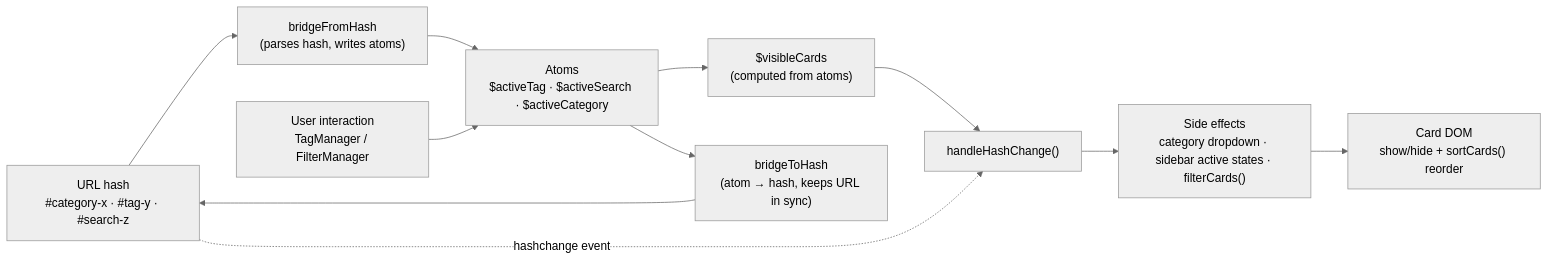
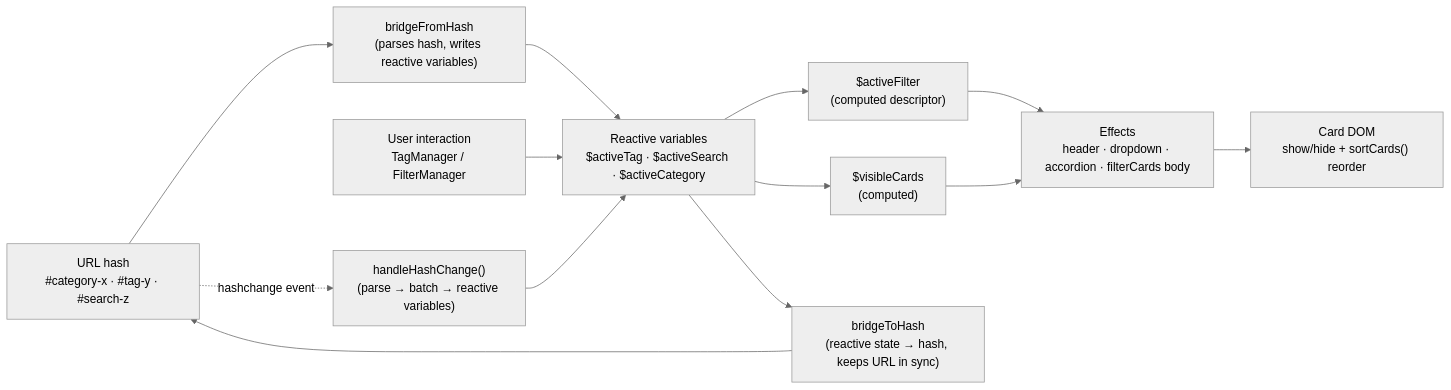
One commit to stalhatz/Resourcery.ssg changed the fourth of 4 diagrams in CONTRIBUTING.md. Above: the diagram before and after it, drawn with Mermaid (neutral theme). The commit also changed other lines of this file and 30 other files, not shown here.

First line of the commit message:
refactor(js): reactive effects layer for the browse page

````diff
--- a/CONTRIBUTING.md
+++ b/CONTRIBUTING.md
@@ -359,16 +361,17 @@
 ```mermaid
 flowchart LR
     HASH["URL hash<br/>#category-x · #tag-y · #search-z"]
-    BFH["bridgeFromHash<br/>(parses hash, writes atoms)"]
-    ATOMS["Atoms<br/>$activeTag · $activeSearch · $activeCategory"]
-    VC["$visibleCards<br/>(computed from atoms)"]
-    HHC["handleHashChange()"]
-    FX["Side effects<br/>category dropdown · sidebar active states · filterCards()"]
+    BFH["bridgeFromHash<br/>(parses hash, writes reactive variables)"]
+    RV["Reactive variables<br/>$activeTag · $activeSearch · $activeCategory"]
+    AF["$activeFilter<br/>(computed descriptor)"]
+    VC["$visibleCards<br/>(computed)"]
+    HHC["handleHashChange()<br/>(parse → batch → reactive variables)"]
+    EFF["Effects<br/>header · dropdown · accordion · filterCards body"]
     DOM["Card DOM<br/>show/hide + sortCards() reorder"]
     UI["User interaction<br/>TagManager / FilterManager"]
-    BTH["bridgeToHash<br/>(atom → hash, keeps URL in sync)"]
+    BTH["bridgeToHash<br/>(reactive state → hash, keeps URL in sync)"]
 
-    HASH --> BFH --> ATOMS --> VC --> HHC --> FX --> DOM
-    UI --> ATOMS --> BTH --> HASH
-    HASH -. "hashchange event" .-> HHC
+    HASH --> BFH --> RV --> AF & VC --> EFF --> DOM
+    UI --> RV --> BTH --> HASH
+    HASH -. "hashchange event" .-> HHC --> RV
 ```
````
